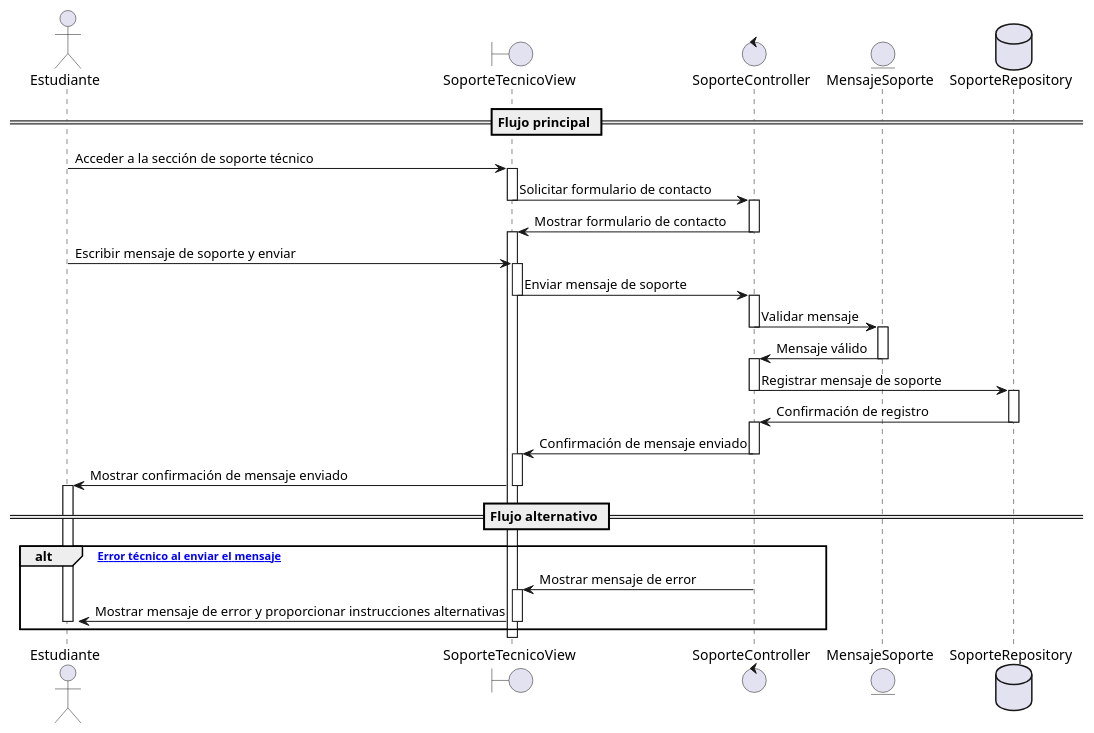
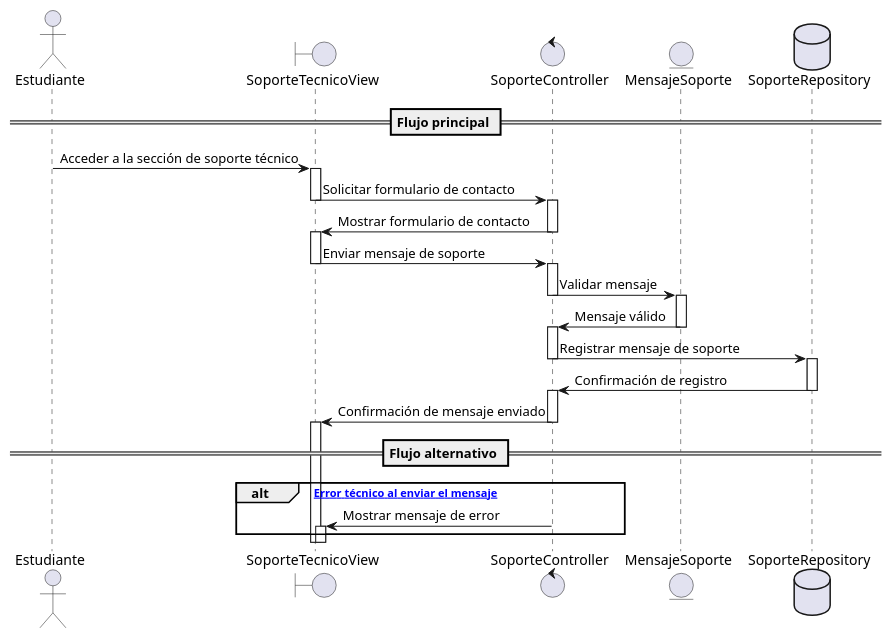
The diagram in CASOS DE USO/ESTUDIANTE/CU-0013/DSEC-0013.puml (ZavSan95/EduMatch), drawn with PlantUML before and after one commit. The commit also changed 56 other files, not shown here.

Commit message:
Actualizacion diagramas de secuencia

```diff
--- a/CASOS DE USO/ESTUDIANTE/CU-0013/DSEC-0013.puml
+++ b/CASOS DE USO/ESTUDIANTE/CU-0013/DSEC-0013.puml
@@ -1,27 +1,24 @@
 @startuml
 actor Estudiante
 boundary "SoporteTecnicoView" as View
 control "SoporteController" as Controller
 entity "MensajeSoporte" as Mensaje
 database "SoporteRepository" as Repository
 
 == Flujo principal ==
 Estudiante -> View --++: Acceder a la sección de soporte técnico
 View -> Controller --++: Solicitar formulario de contacto
 Controller -> View --++: Mostrar formulario de contacto
-Estudiante -> View --++: Escribir mensaje de soporte y enviar
 View -> Controller --++: Enviar mensaje de soporte
 Controller -> Mensaje --++: Validar mensaje
 Mensaje -> Controller --++: Mensaje válido
 Controller -> Repository --++: Registrar mensaje de soporte
 Repository -> Controller --++: Confirmación de registro
 Controller -> View --++: Confirmación de mensaje enviado
-View -> Estudiante --++: Mostrar confirmación de mensaje enviado
 
 == Flujo alternativo ==
 
 alt [Error Error técnico al enviar el mensaje]
     Controller -> View --++: Mostrar mensaje de error
-    View -> Estudiante --++: Mostrar mensaje de error y proporcionar instrucciones alternativas
 end
 @enduml
```
